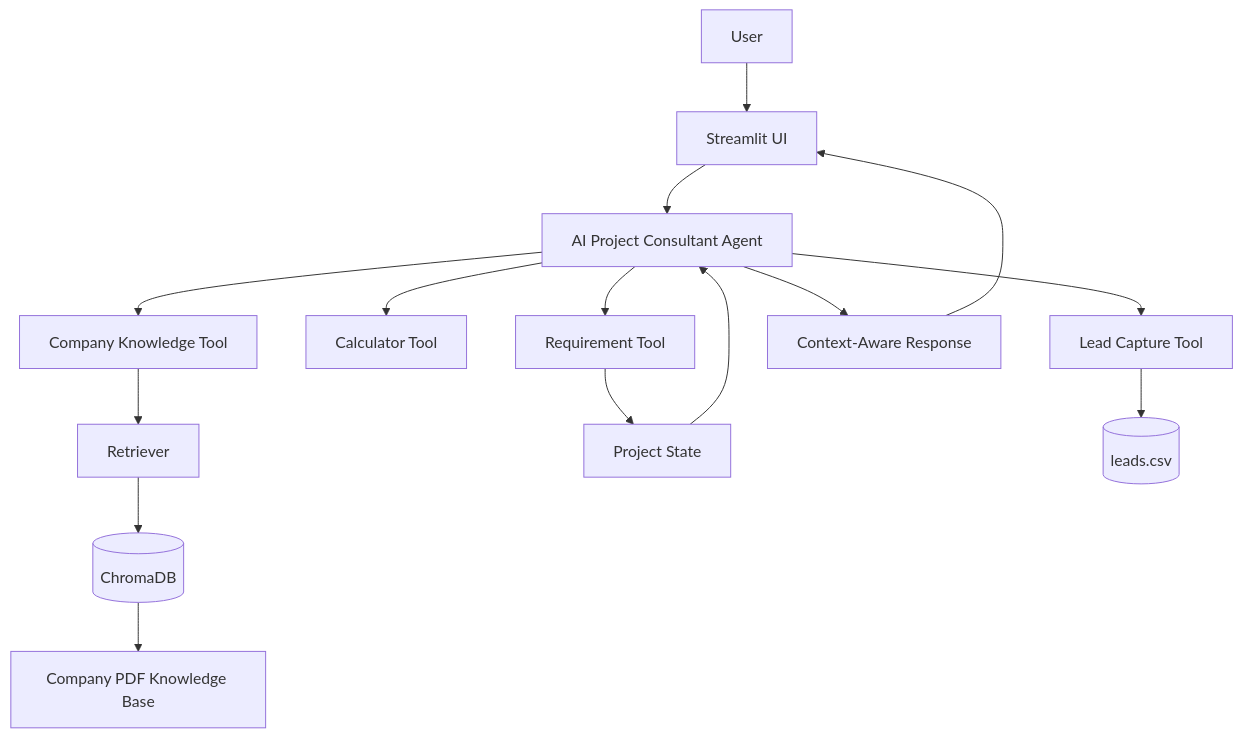
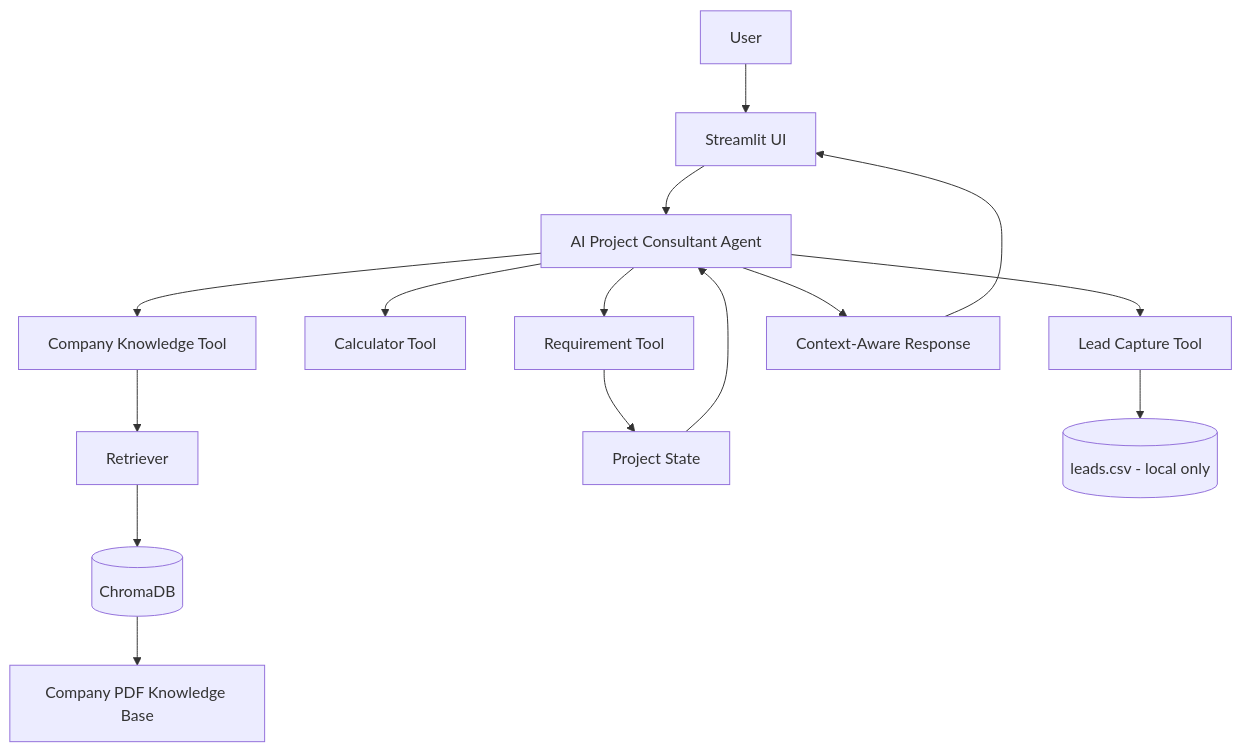
The first of 2 diagrams in README.md (fatimakh905/Ai_Project_Consultant), drawn with Mermaid before and after one commit. The commit also changed other lines of this file, not shown here.

First line of the commit message:
Revise README with badges and project details

````diff
--- a/README.md
+++ b/README.md
@@ -27,22 +38,22 @@
 ```mermaid
 flowchart TD
-    U[ User] --> UI[ Streamlit UI]
+    U[User] --> UI[Streamlit UI]
     UI --> A[AI Project Consultant Agent]
 
     A --> RAG[Company Knowledge Tool]
     A --> CALC[Calculator Tool]
     A --> REQ[Requirement Tool]
     A --> LEAD[Lead Capture Tool]
 
     RAG --> RET[Retriever]
     RET --> DB[(ChromaDB)]
     DB --> DOCS[Company PDF Knowledge Base]
 
-    REQ --> STATE[ Project State]
+    REQ --> STATE[Project State]
     STATE --> A
 
-    LEAD --> CSV[(leads.csv)]
+    LEAD --> CSV[(leads.csv - local only)]
 
-    A --> RESPONSE[ Context-Aware Response]
+    A --> RESPONSE[Context-Aware Response]
     RESPONSE --> UI
 ```
````
